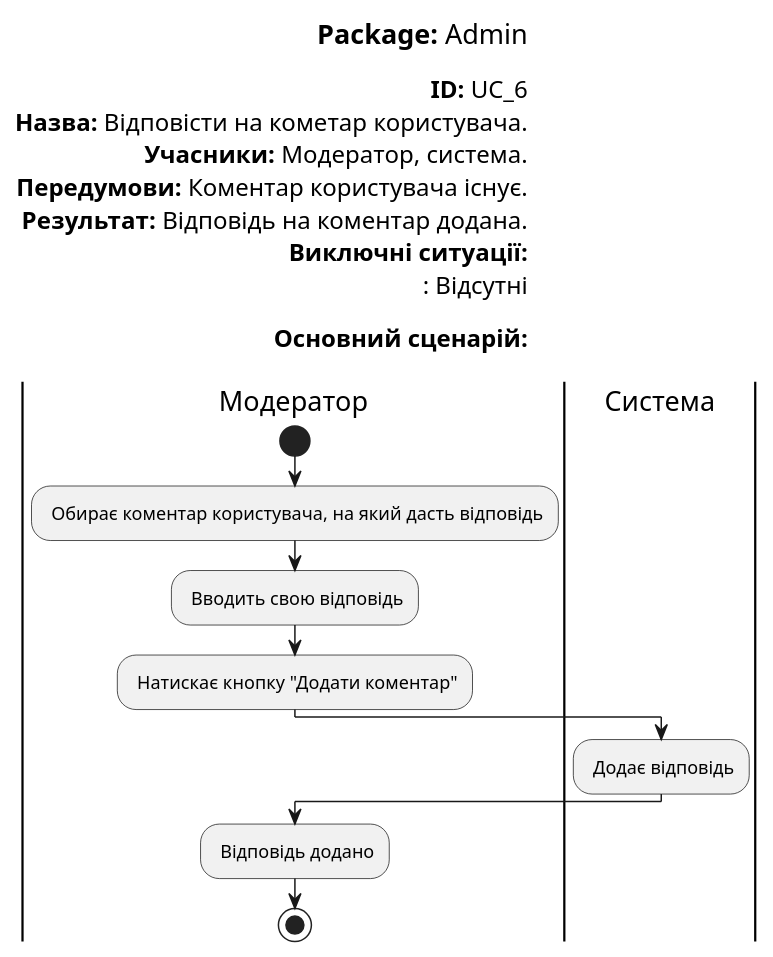
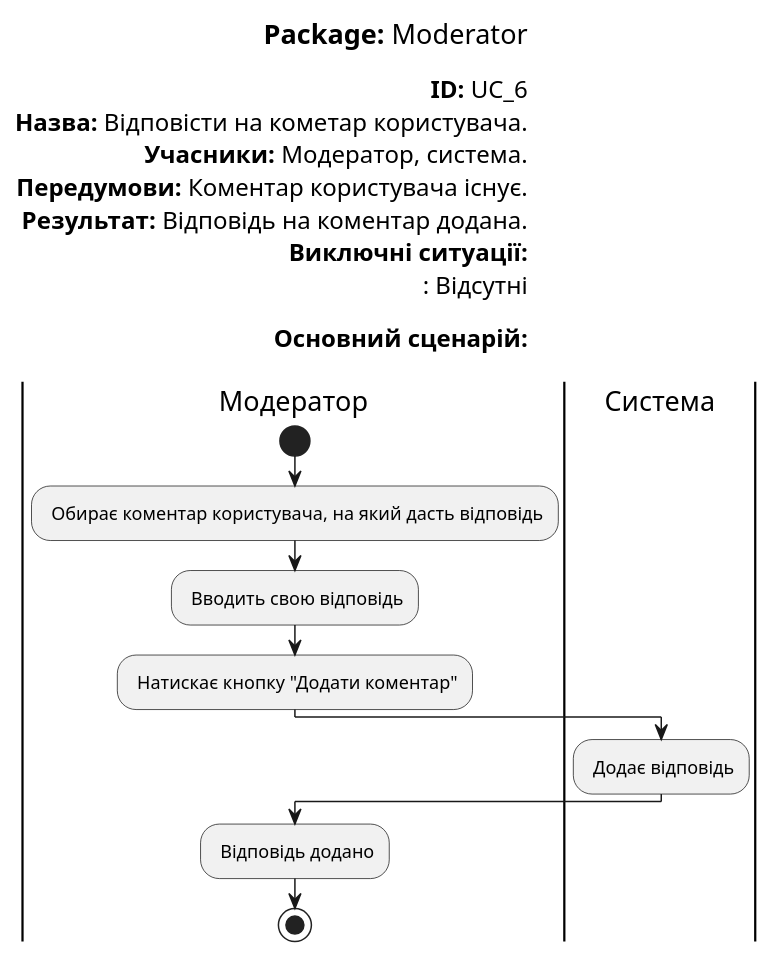
One commit to KarmazinN/db_open_data changed the diagram in src/uml/UC_6.puml. Above: the diagram before and after it, drawn with PlantUML.

```diff
--- a/src/uml/UC_6.puml
+++ b/src/uml/UC_6.puml
@@ -1,44 +1,44 @@
 @startuml
 skinparam ArchimateBackgroundColor #ffffff
 skinparam	shadowing false
 skinparam Note {
 	BackgroundColor #f85658
 	FontColor #ffffff
 }
 
 left header
-<font color=000 size=18><b>Package:</b> Admin
+<font color=000 size=18><b>Package:</b> Moderator
 
 <font color=000 size=16><b>ID:</b> UC_6
 <font color=000 size=16><b>Назва:</b> Відповісти на кометар користувача.
 <font color=000 size=16><b>Учасники:</b> Модератор, система.
 <font color=000 size=16><b>Передумови:</b> Коментар користувача існує.
 <font color=000 size=16><b>Результат:</b> Відповідь на коментар додана.
 <font color=000 size=16><b>Виключні ситуації:</b>
 <font color=000 size=16> : Відсутні
 
 <font color=000 size=16><b>Основний сценарій:</b>
 
 end header
 
 |Модератор|
 start
 : Обирає коментар користувача, на який дасть відповідь;
 
 : Вводить свою відповідь;
 
 : Натискає кнопку "Додати коментар";
 
 |Система|
 
 : Додає відповідь;
 
 
 |Модератор|
 
 : Відповідь додано;
 
 stop;
 
 
 @enduml
```
